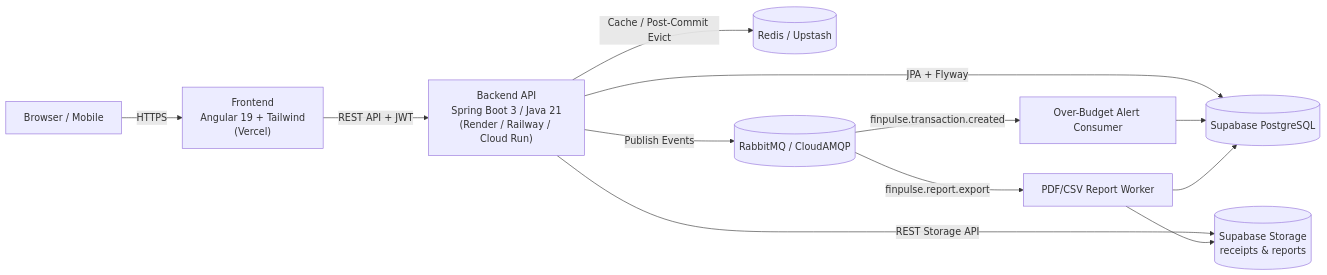
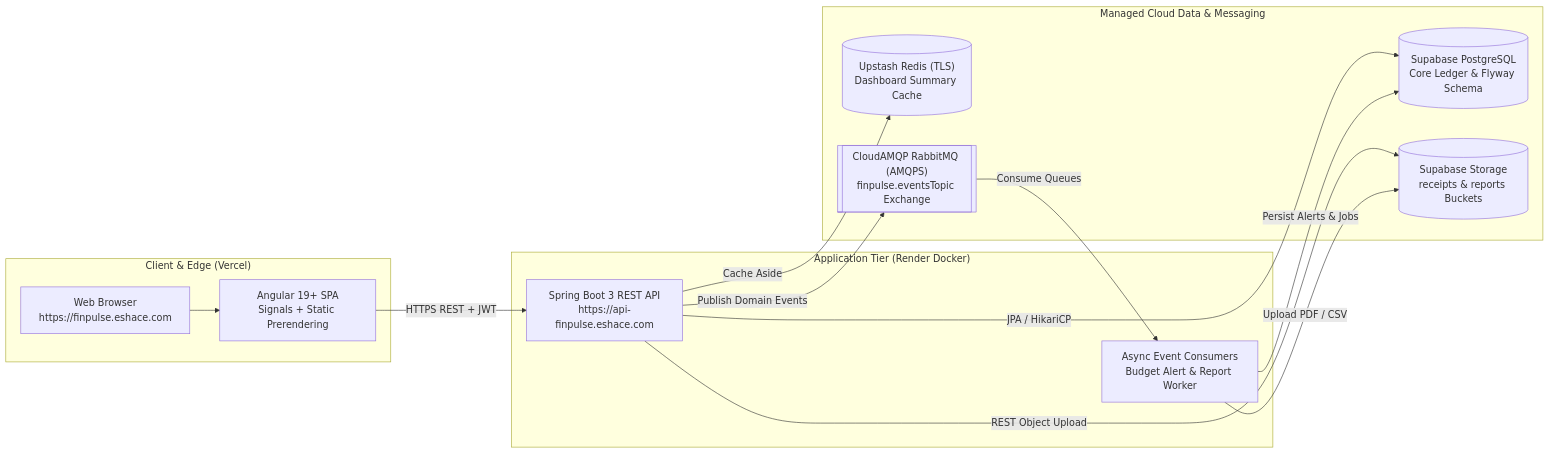
Before and after one commit to uzaannnnnn/FinPulse: the diagram in README.md, drawn with Mermaid. The commit also changed other lines of this file and 4 other files, not shown here.

````diff
--- a/README.md
+++ b/README.md
@@ -23,14 +37,29 @@
 ```mermaid
 flowchart LR
-    U[Browser / Mobile] -->|HTTPS| FE["Frontend\nAngular 19 + Tailwind\n(Vercel)"]
-    FE -->|REST API + JWT| BE["Backend API\nSpring Boot 3 / Java 21\n(Render / Railway / Cloud Run)"]
-    BE -->|JPA + Flyway| DB[(Supabase PostgreSQL)]
-    BE -->|REST Storage API| ST[(Supabase Storage\nreceipts & reports)]
-    BE -->|Cache / Post-Commit Evict| RD[(Redis / Upstash)]
-    BE -->|Publish Events| MQ[(RabbitMQ / CloudAMQP)]
-    MQ -->|finpulse.transaction.created| C1[Over-Budget Alert Consumer]
-    MQ -->|finpulse.report.export| C2[PDF/CSV Report Worker]
-    C1 --> DB
-    C2 --> DB
-    C2 --> ST
+    subgraph Client["Client & Edge (Vercel)"]
+        Browser["Web Browser\nhttps://finpulse.eshace.com"]
+        Angular["Angular 19+ SPA\nSignals + Static Prerendering"]
+    end
+
+    subgraph Backend["Application Tier (Render Docker)"]
+        API["Spring Boot 3 REST API\nhttps://api-finpulse.eshace.com"]
+        Worker["Async Event Consumers\nBudget Alert & Report Worker"]
+    end
+
+    subgraph Data["Managed Cloud Data & Messaging"]
+        PG[("Supabase PostgreSQL\nCore Ledger & Flyway Schema")]
+        Storage[("Supabase Storage\nreceipts & reports Buckets")]
+        Redis[("Upstash Redis (TLS)\nDashboard Summary Cache")]
+        RMQ[["CloudAMQP RabbitMQ (AMQPS)\nfinpulse.eventsTopic Exchange"]]
+    end
+
+    Browser --> Angular
+    Angular -->|HTTPS REST + JWT| API
+    API -->|Cache Aside| Redis
+    API -->|JPA / HikariCP| PG
+    API -->|REST Object Upload| Storage
+    API -->|Publish Domain Events| RMQ
+    RMQ -->|Consume Queues| Worker
+    Worker -->|Persist Alerts & Jobs| PG
+    Worker -->|Upload PDF / CSV| Storage
 ```
````
